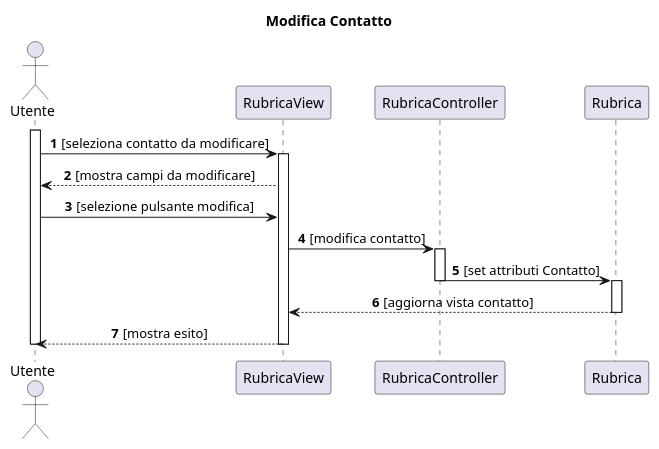
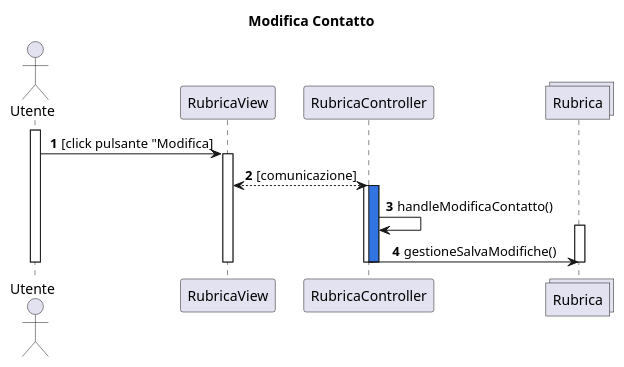
Before and after one commit to emanueletocci/uni-swe-project: the diagram in docs/bozze/Diagrammi/Sequenza/ScenarioModificaContatto.puml, drawn with PlantUML.

```diff
--- a/docs/bozze/Diagrammi/Sequenza/ScenarioModificaContatto.puml
+++ b/docs/bozze/Diagrammi/Sequenza/ScenarioModificaContatto.puml
@@ -1,24 +1,23 @@
 @startuml
 title Modifica Contatto
 autonumber
 actor Utente
 participant RubricaView
 participant RubricaController
-participant Rubrica
+collections Rubrica
 activate Utente
 skinparam sequenceMessageAlign center
-Utente -> RubricaView:[seleziona contatto da modificare]
+Utente->RubricaView: [click pulsante "Modifica]
 activate RubricaView
-RubricaView --> Utente:[mostra campi da modificare]
-Utente -> RubricaView:[selezione pulsante modifica]
-RubricaView -> RubricaController:[modifica contatto]
+RubricaView<-->RubricaController:[comunicazione]
 activate RubricaController
-RubricaController -> Rubrica:[set attributi Contatto]
+activate RubricaController #3375E0
+RubricaController -> RubricaController : handleModificaContatto()
+activate Rubrica
+RubricaController -> Rubrica : gestioneSalvaModifiche()
 deactivate RubricaController
-activate Rubrica
-Rubrica --> RubricaView: [aggiorna vista contatto]
 deactivate Rubrica
-RubricaView --> Utente: [mostra esito]
+deactivate RubricaController
+deactivate RubricaView
 deactivate Utente
-deactivate RubricaView
 @enduml
```
